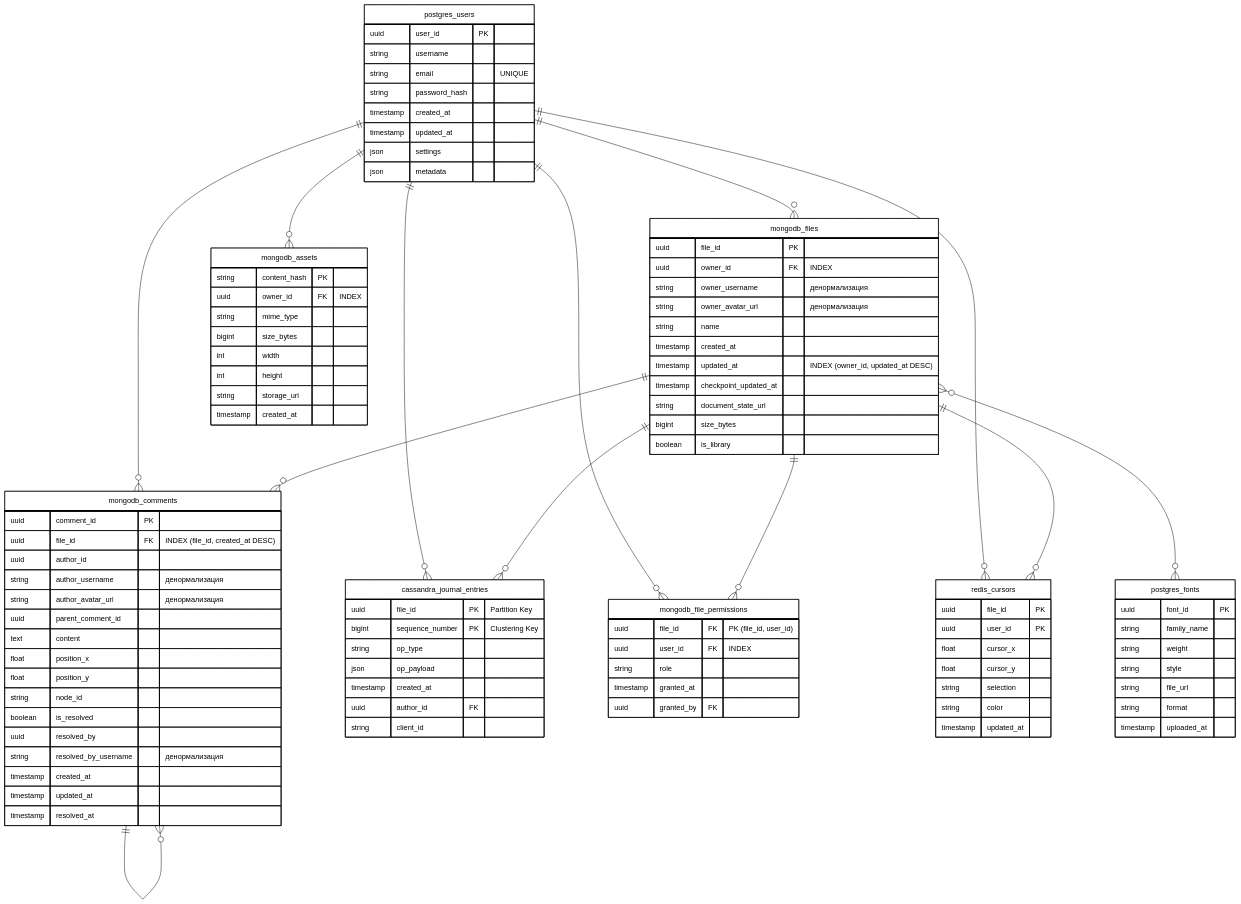
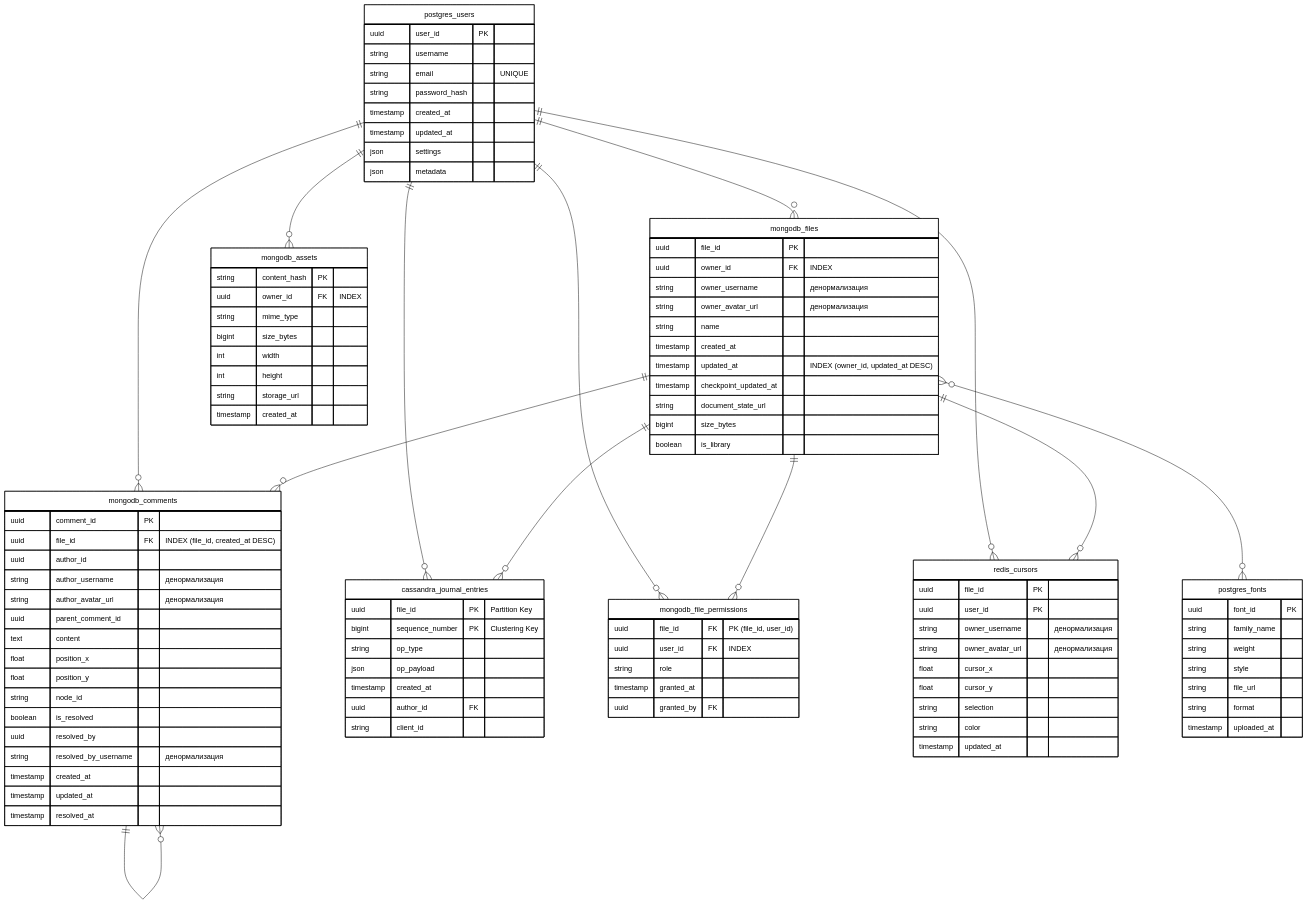
The third of 3 diagrams in README.md (Mr-None-rM/VK-Education-Highload), drawn with Mermaid before and after one commit. The commit also changed other lines of this file, not shown here.

```diff
--- a/README.md
+++ b/README.md
@@ -1046,6 +1038,8 @@
     redis_cursors {
         uuid file_id PK
         uuid user_id PK
+        string owner_username "денормализация"
+        string owner_avatar_url "денормализация"
         float cursor_x
         float cursor_y
         string selection
```
